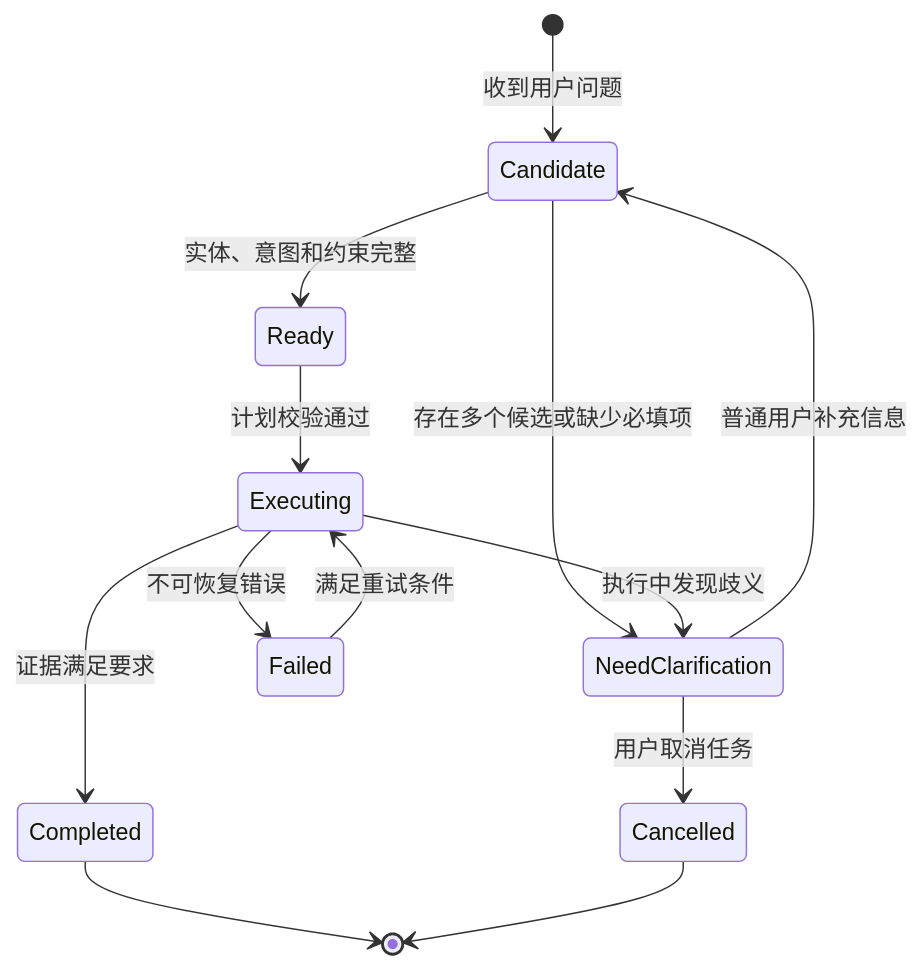
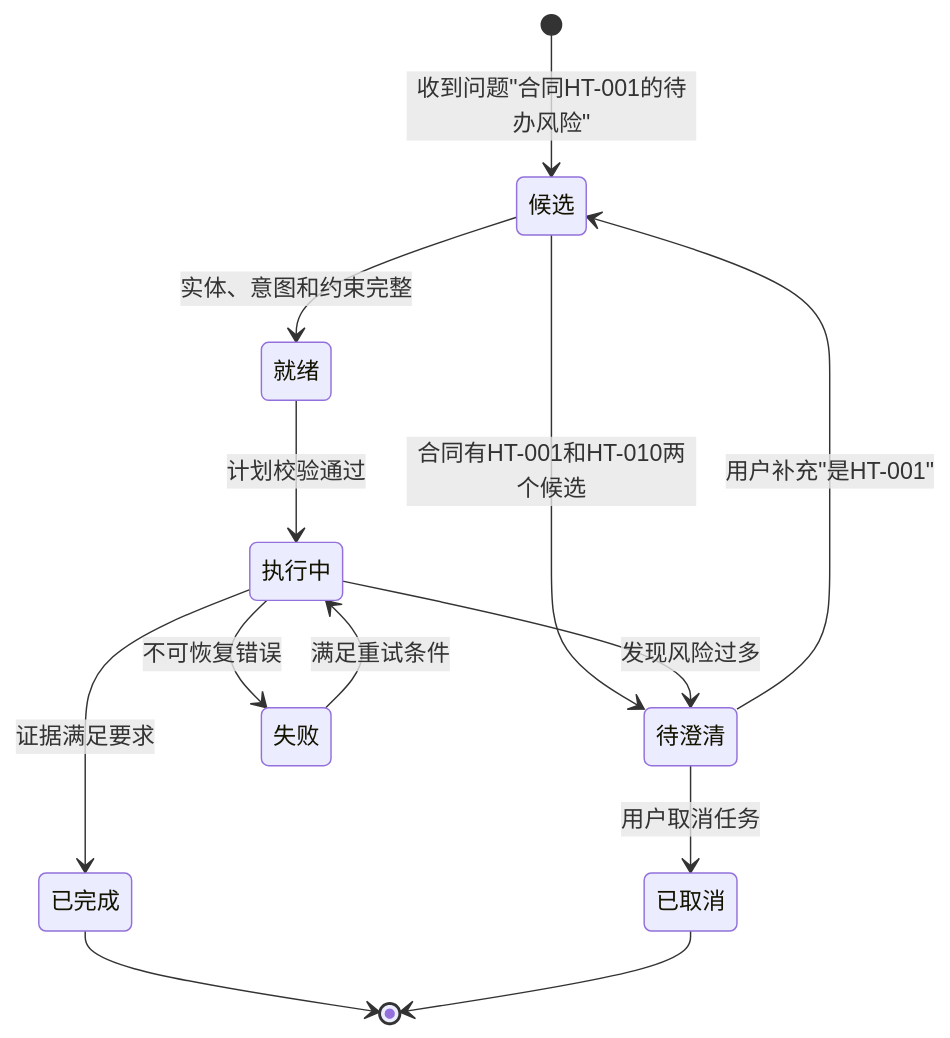
One commit to sealzrt/2026-08--agent changed the fourth of 4 diagrams in 本体论-agent/05-Agent集成/13.本体论驱动的意图识别和查询规划.md. Above: the diagram before and after it, drawn with Mermaid. The commit also changed other lines of this file and 62 other files, not shown here.

````diff
--- a/本体论-agent/05-Agent集成/13.本体论驱动的意图识别和查询规划.md
+++ b/本体论-agent/05-Agent集成/13.本体论驱动的意图识别和查询规划.md
@@ -112,15 +164,15 @@
 ```mermaid
 stateDiagram-v2
-    [*] --> Candidate: 收到用户问题
-    Candidate --> Ready: 实体、意图和约束完整
-    Candidate --> NeedClarification: 存在多个候选或缺少必填项
-    NeedClarification --> Candidate: 普通用户补充信息
-    NeedClarification --> Cancelled: 用户取消任务
-    Ready --> Executing: 计划校验通过
-    Executing --> NeedClarification: 执行中发现歧义
-    Executing --> Completed: 证据满足要求
-    Executing --> Failed: 不可恢复错误
-    Failed --> Executing: 满足重试条件
-    Completed --> [*]
-    Cancelled --> [*]
+    [*] --> 候选: 收到问题"合同HT-001的待办风险"
+    候选 --> 就绪: 实体、意图和约束完整
+    候选 --> 待澄清: 合同有HT-001和HT-010两个候选
+    待澄清 --> 候选: 用户补充"是HT-001"
+    待澄清 --> 已取消: 用户取消任务
+    就绪 --> 执行中: 计划校验通过
+    执行中 --> 待澄清: 发现风险过多
+    执行中 --> 已完成: 证据满足要求
+    执行中 --> 失败: 不可恢复错误
+    失败 --> 执行中: 满足重试条件
+    已完成 --> [*]
+    已取消 --> [*]
 ```
````
